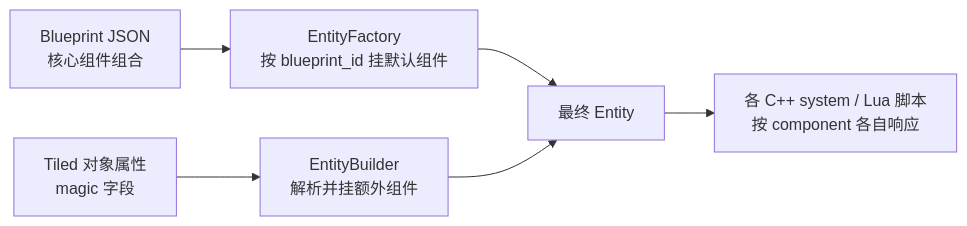
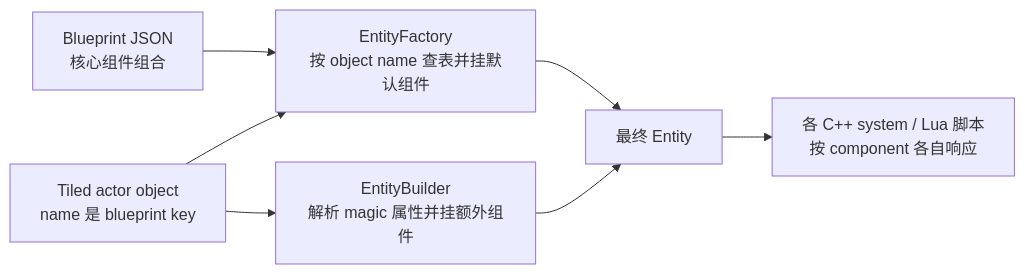
Before and after one commit to WispSnow/TinyFarmRPG: the fifth of 5 diagrams in lecture_plans/lectures/08-脚本事件桥与Tiled接入.md, drawn with Mermaid. The commit also changed other lines of this file and 12 other files, not shown here.

````diff
--- a/lecture_plans/lectures/08-脚本事件桥与Tiled接入.md
+++ b/lecture_plans/lectures/08-脚本事件桥与Tiled接入.md
@@ -313,8 +337,9 @@
 ```mermaid
 flowchart LR
-    BP["Blueprint JSON<br/>核心组件组合"] --> EF["EntityFactory<br/>按 blueprint_id 挂默认组件"]
-    TILED["Tiled 对象属性<br/>magic 字段"] --> EB["EntityBuilder<br/>解析并挂额外组件"]
+    BP["Blueprint JSON<br/>核心组件组合"] --> EF["EntityFactory<br/>按 object name 查表并挂默认组件"]
+    TILED["Tiled actor object<br/>name 是 blueprint key"] --> EF
+    TILED --> EB["EntityBuilder<br/>解析 magic 属性并挂额外组件"]
     EF --> ENT["最终 Entity"]
     EB --> ENT
     ENT --> SYS["各 C++ system / Lua 脚本<br/>按 component 各自响应"]
 ```
````
